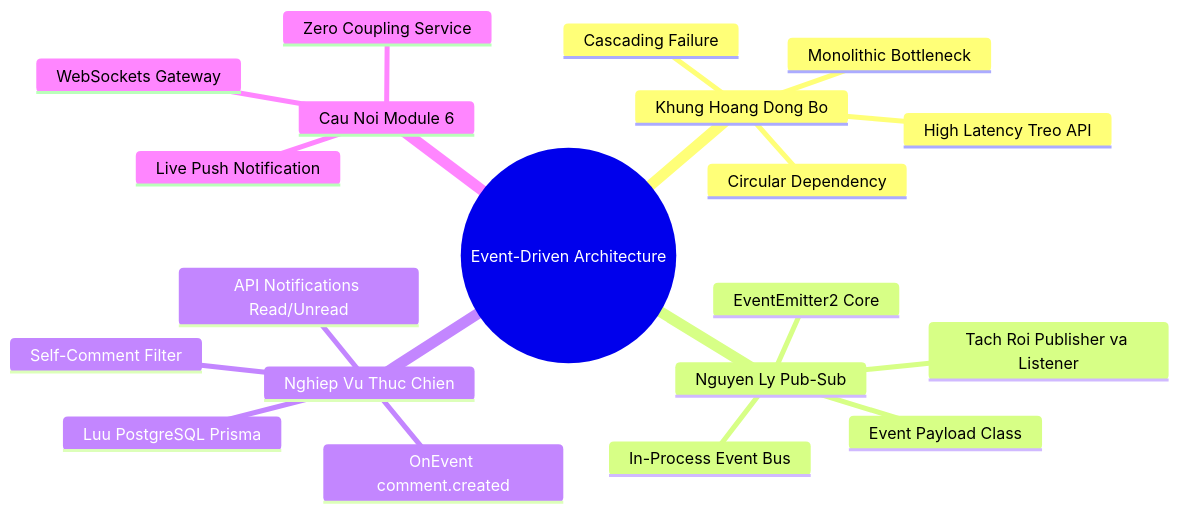
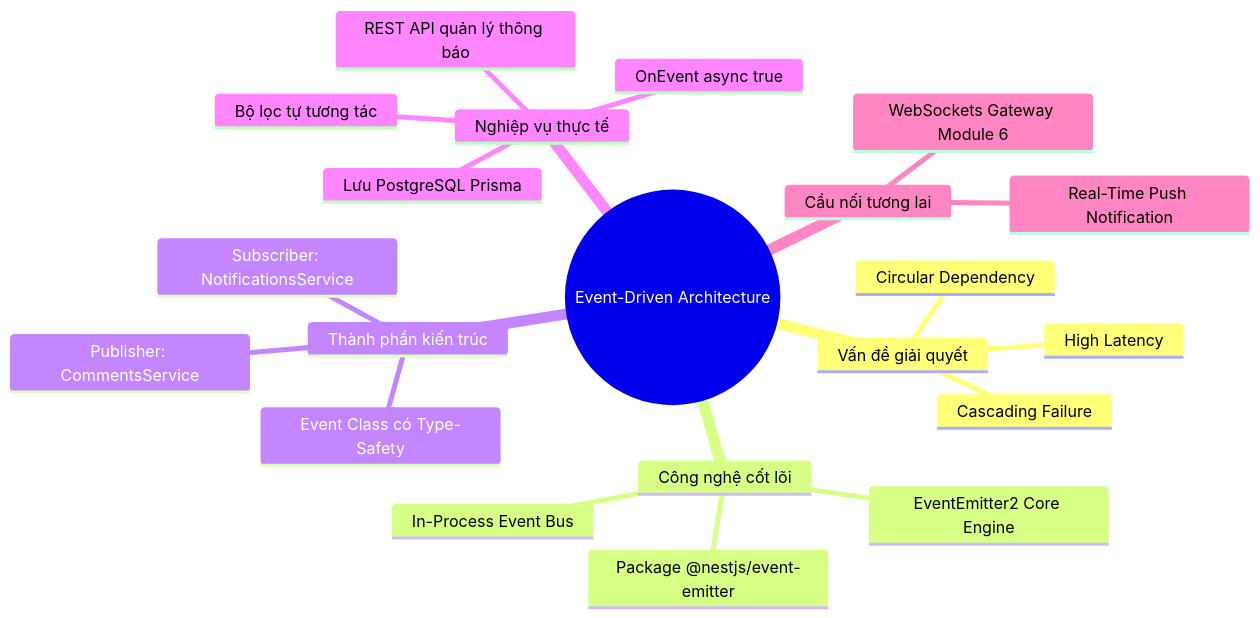
One commit to thanhmati/nestjs-basic-course changed the fourth of 4 diagrams in docs/modules/module-05/lesson-5.5/lesson-5.5.md. Above: the diagram before and after it, drawn with Mermaid. The commit also changed other lines of this file and 2 other files, not shown here.

Commit message:
docs: add lesson overview banner and update documentation for module 5 lesson 5.5

````diff
--- a/docs/modules/module-05/lesson-5.5/lesson-5.5.md
+++ b/docs/modules/module-05/lesson-5.5/lesson-5.5.md
@@ -777,23 +1330,24 @@
 ```mermaid
 mindmap
   root((Event-Driven Architecture))
-    Khung Hoang Dong Bo
-      Monolithic Bottleneck
-      High Latency Treo API
+    Vấn đề giải quyết
+      High Latency
       Cascading Failure
       Circular Dependency
-    Nguyen Ly Pub-Sub
+    Công nghệ cốt lõi
+      Package @nestjs/event-emitter
+      EventEmitter2 Core Engine
       In-Process Event Bus
-      EventEmitter2 Core
-      Event Payload Class
-      Tach Roi Publisher va Listener
-    Nghiep Vu Thuc Chien
-      OnEvent comment.created
-      Self-Comment Filter
-      Luu PostgreSQL Prisma
-      API Notifications Read/Unread
-    Cau Noi Module 6
-      WebSockets Gateway
-      Live Push Notification
-      Zero Coupling Service
+    Thành phần kiến trúc
+      Event Class có Type-Safety
+      Publisher: CommentsService
+      Subscriber: NotificationsService
+    Nghiệp vụ thực tế
+      OnEvent async true
+      Bộ lọc tự tương tác
+      Lưu PostgreSQL Prisma
+      REST API quản lý thông báo
+    Cầu nối tương lai
+      WebSockets Gateway Module 6
+      Real-Time Push Notification
 ```
````
